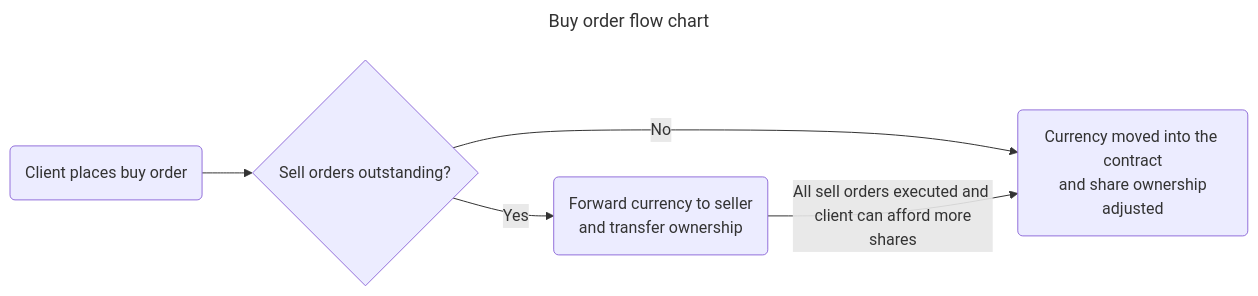
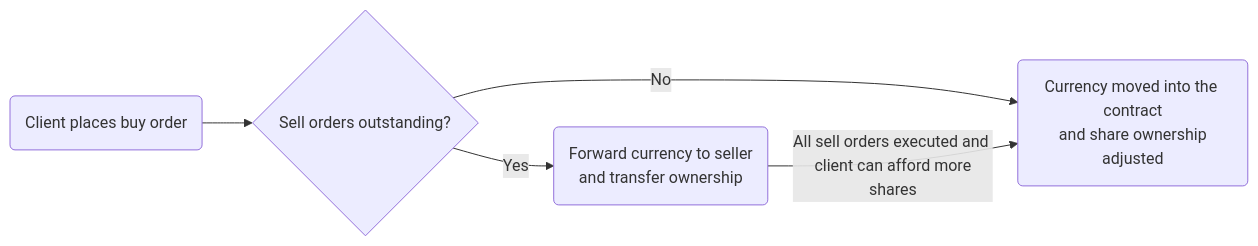
One commit to bthreader/tokenized-mf changed the diagram in README.md. Above: the diagram before and after it, drawn with Mermaid. The commit also changed other lines of this file, not shown here.

Commit message:
remove title to resolve mermaid error

````diff
--- a/README.md
+++ b/README.md
@@ -16,10 +16,7 @@
 ```mermaid
----
-title: Buy order flow chart
----
 flowchart LR
     A(Client places buy order) --> B{Sell orders outstanding?} 
     B --> |No| C(Currency moved into the contract\n and share ownership adjusted)
     B --> |Yes| D(Forward currency to seller\n and transfer ownership)
     D -->|All sell orders executed and \n client can afford more shares| C
 ```
````
